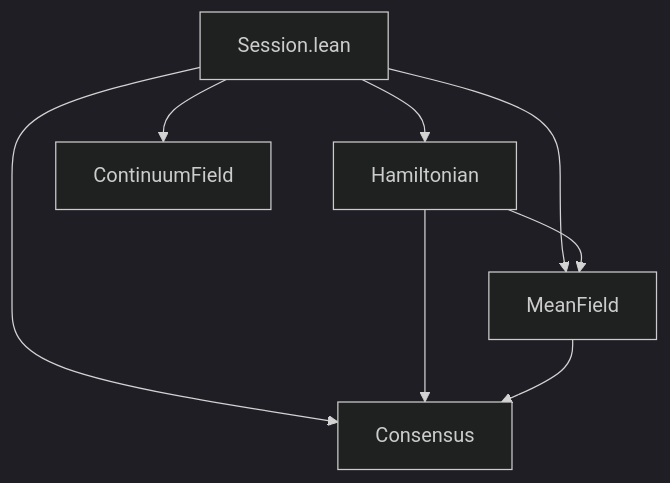
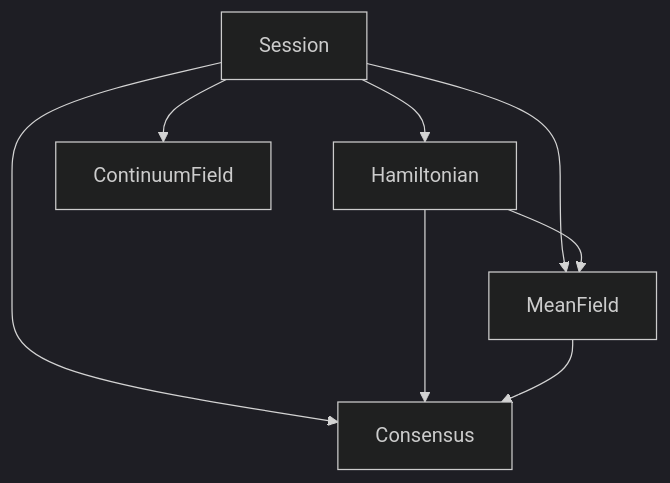
The diagram in docs/00-overview.md (hxrts/gibbs), drawn with Mermaid (dark theme) before and after one commit. The commit also changed 5 other files, not shown here.

````diff
--- a/docs/00-overview.md
+++ b/docs/00-overview.md
@@ -9,10 +9,10 @@
 ```mermaid
 graph TD
-    S[Session.lean] --> H[Hamiltonian]
+    S[Session] --> H[Hamiltonian]
     S --> M[MeanField]
     S --> C[ContinuumField]
     S --> Co[Consensus]
     H --> M
     H --> Co
     M --> Co
 ```
````
